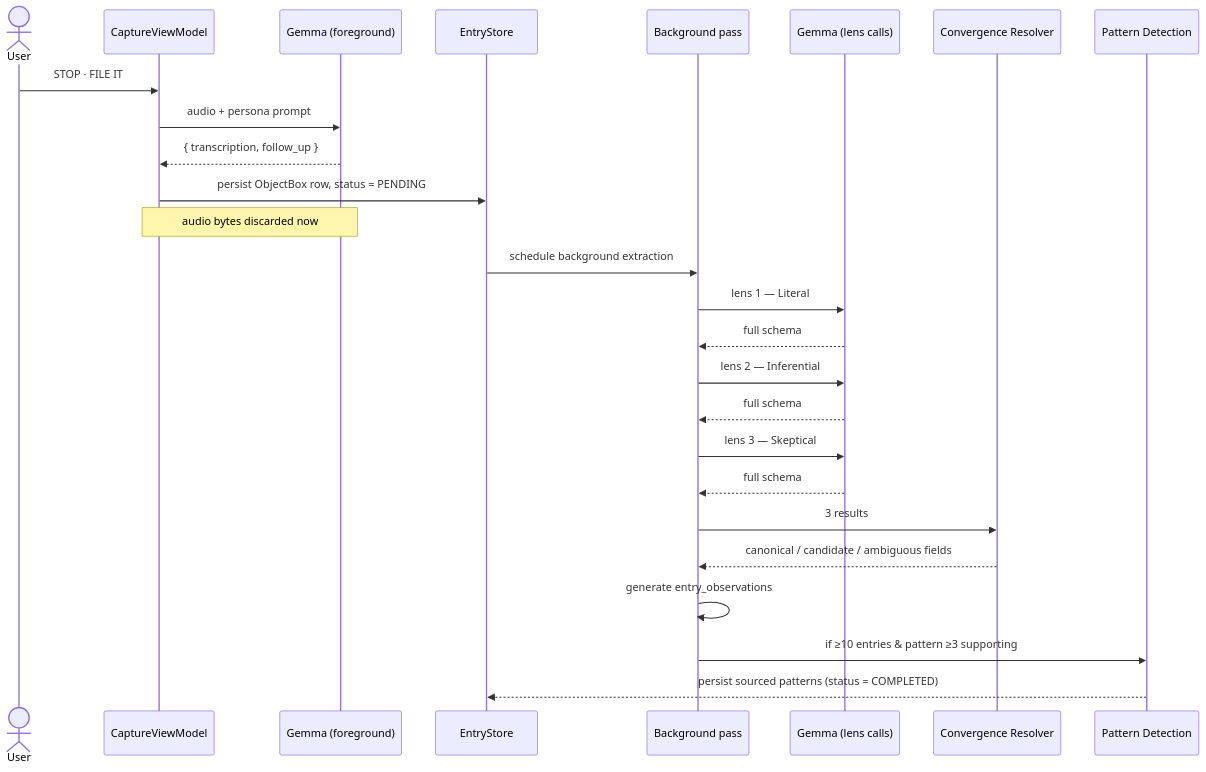
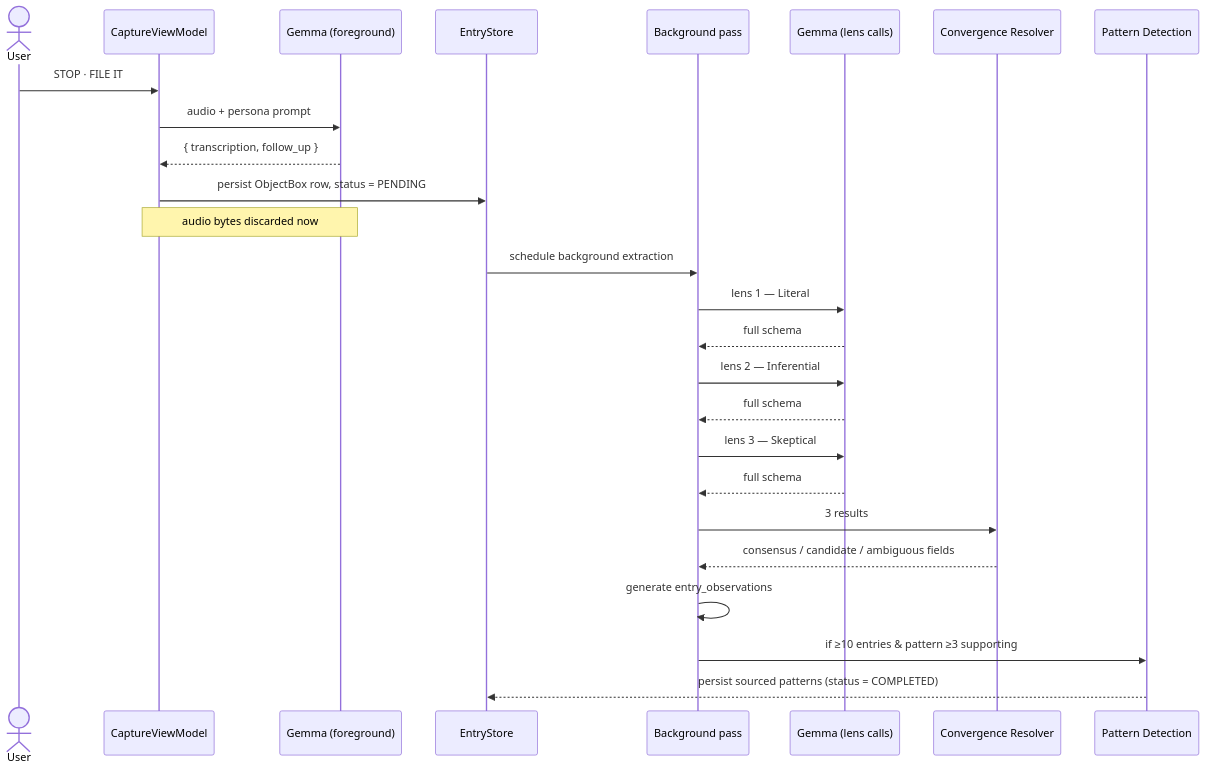
One commit to anchildress1/vestige changed the second of 5 diagrams in docs/diagrams/llm-functionality.md. Above: the diagram before and after it, drawn with Mermaid. The commit also changed other lines of this file and 75 other files, not shown here.

First line of the commit message:
feat: recurrence viability pipeline + canonical→consensus rename (#60)

````diff
--- a/docs/diagrams/llm-functionality.md
+++ b/docs/diagrams/llm-functionality.md
@@ -52,32 +52,32 @@
 ```mermaid
 sequenceDiagram
     accTitle: Two-tier foreground and background inference sequence
     accDescr: User stops recording. The foreground Gemma call returns transcription and one follow-up. EntryStore persists an ObjectBox row and marks extraction PENDING. The background pass runs three sequential lens calls, the resolver writes fields, entry observations are generated, then pattern detection runs if the threshold is met.
 
     actor U as User
     participant Cap as CaptureViewModel
     participant FG as Gemma (foreground)
     participant ES as EntryStore
     participant BG as Background pass
     participant LM as Gemma (lens calls)
     participant CR as Convergence Resolver
     participant PD as Pattern Detection
 
     U->>Cap: STOP · FILE IT
     Cap->>FG: audio + persona prompt
     FG-->>Cap: { transcription, follow_up }
     Cap->>ES: persist ObjectBox row, status = PENDING
     Note over FG,Cap: audio bytes discarded now
     ES->>BG: schedule background extraction
     BG->>LM: lens 1 — Literal
     LM-->>BG: full schema
     BG->>LM: lens 2 — Inferential
     LM-->>BG: full schema
     BG->>LM: lens 3 — Skeptical
     LM-->>BG: full schema
     BG->>CR: 3 results
-    CR-->>BG: canonical / candidate / ambiguous fields
+    CR-->>BG: consensus / candidate / ambiguous fields
     BG->>BG: generate entry_observations
     BG->>PD: if ≥10 entries & pattern ≥3 supporting
     PD-->>ES: persist sourced patterns (status = COMPLETED)
 ```
````
